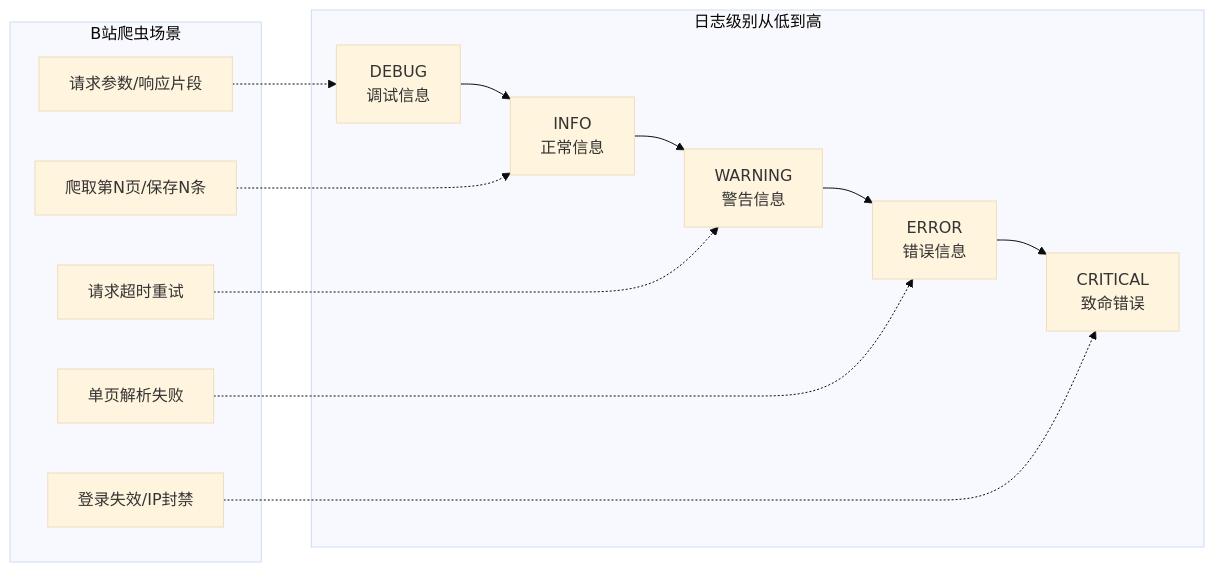
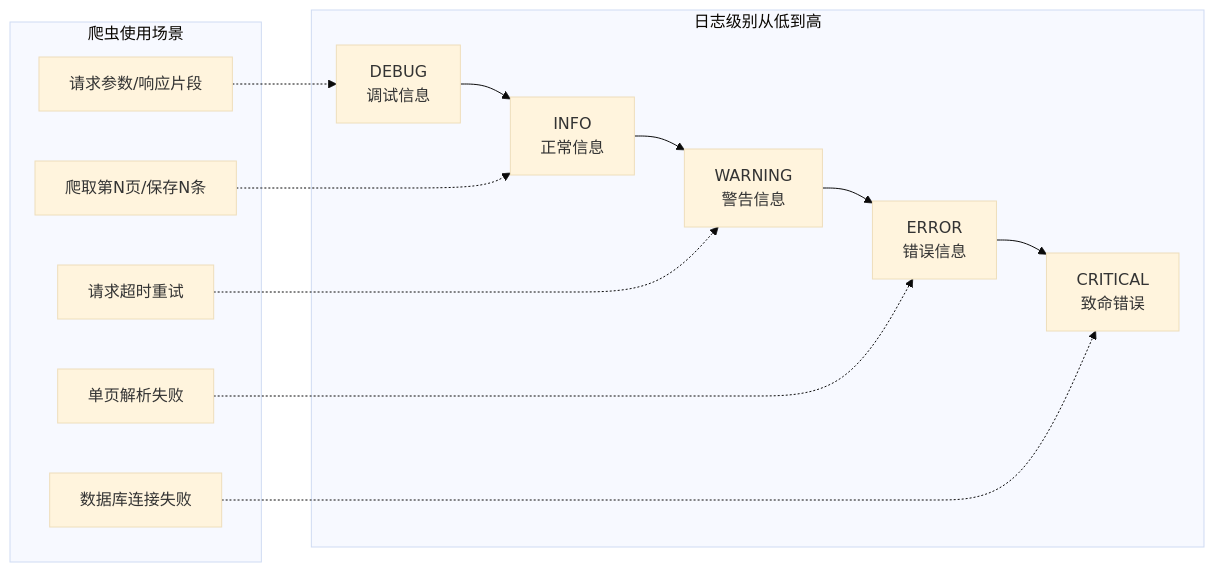
One commit to NanmiCoder/CrawlerTutorial changed the second of 5 diagrams in docs/爬虫进价/01_工程化爬虫开发规范.md. Above: the diagram before and after it, drawn with Mermaid (base theme). The commit also changed other lines of this file and 15 other files, not shown here.

````diff
--- a/docs/爬虫进价/01_工程化爬虫开发规范.md
+++ b/docs/爬虫进价/01_工程化爬虫开发规范.md
@@ -96,17 +96,17 @@
 ```mermaid
 graph LR
     subgraph 日志级别从低到高
         DEBUG[DEBUG<br/>调试信息] --> INFO[INFO<br/>正常信息]
         INFO --> WARNING[WARNING<br/>警告信息]
         WARNING --> ERROR[ERROR<br/>错误信息]
         ERROR --> CRITICAL[CRITICAL<br/>致命错误]
     end
 
-    subgraph B站爬虫场景
+    subgraph 爬虫使用场景
         d1[请求参数/响应片段] -.-> DEBUG
         d2[爬取第N页/保存N条] -.-> INFO
         d3[请求超时重试] -.-> WARNING
         d4[单页解析失败] -.-> ERROR
-        d5[登录失效/IP封禁] -.-> CRITICAL
+        d5[数据库连接失败] -.-> CRITICAL
     end
 ```
````
